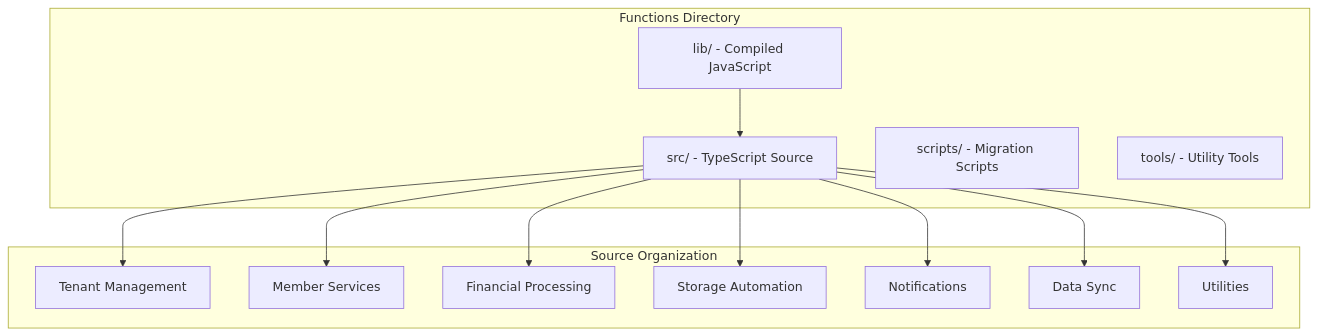
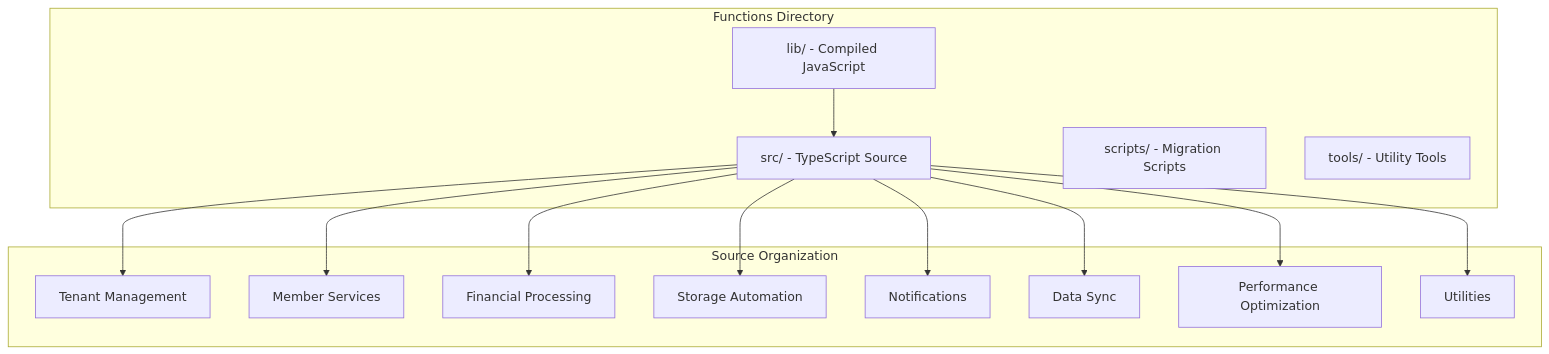
Before and after one commit to raihom-netizen/com.gestaoyahwehios.app: the first of 14 diagrams in .qoder/repowiki/en/content/Cloud Functions & Backend Services/Cloud Functions & Backend Services.md, drawn with Mermaid. The commit also changed other lines of this file and 504 other files, not shown here.

````diff
--- a/.qoder/repowiki/en/content/Cloud Functions & Backend Services/Cloud Functions & Backend Services.md
+++ b/.qoder/repowiki/en/content/Cloud Functions & Backend Services/Cloud Functions & Backend Services.md
@@ -51,26 +67,28 @@
 ```mermaid
 graph TB
 subgraph "Functions Directory"
 src["src/ - TypeScript Source"]
 lib["lib/ - Compiled JavaScript"]
 scripts["scripts/ - Migration Scripts"]
 tools["tools/ - Utility Tools"]
 end
 subgraph "Source Organization"
 tenant["Tenant Management"]
 members["Member Services"]
 finance["Financial Processing"]
 storage["Storage Automation"]
 notifications["Notifications"]
 sync["Data Sync"]
+performance["Performance Optimization"]
 utils["Utilities"]
 end
 src --> tenant
 src --> members
 src --> finance
 src --> storage
 src --> notifications
 src --> sync
+src --> performance
 src --> utils
 lib --> src
 ```
````
